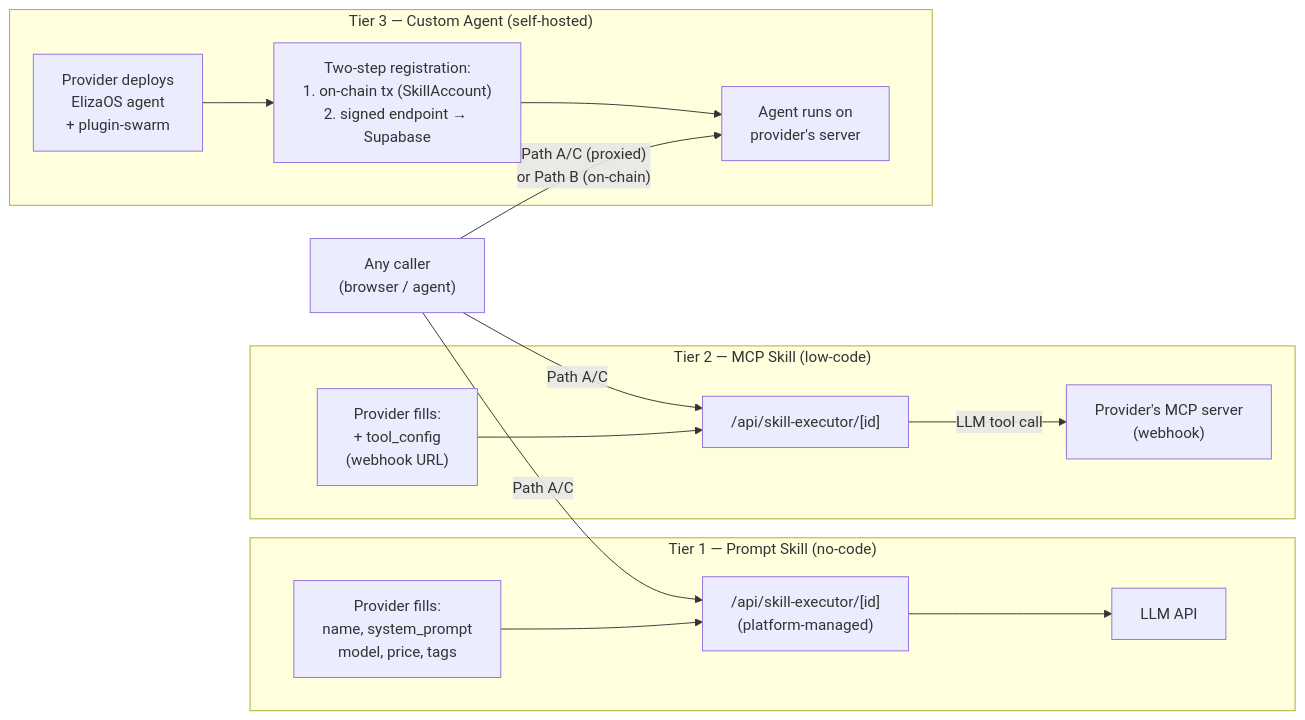
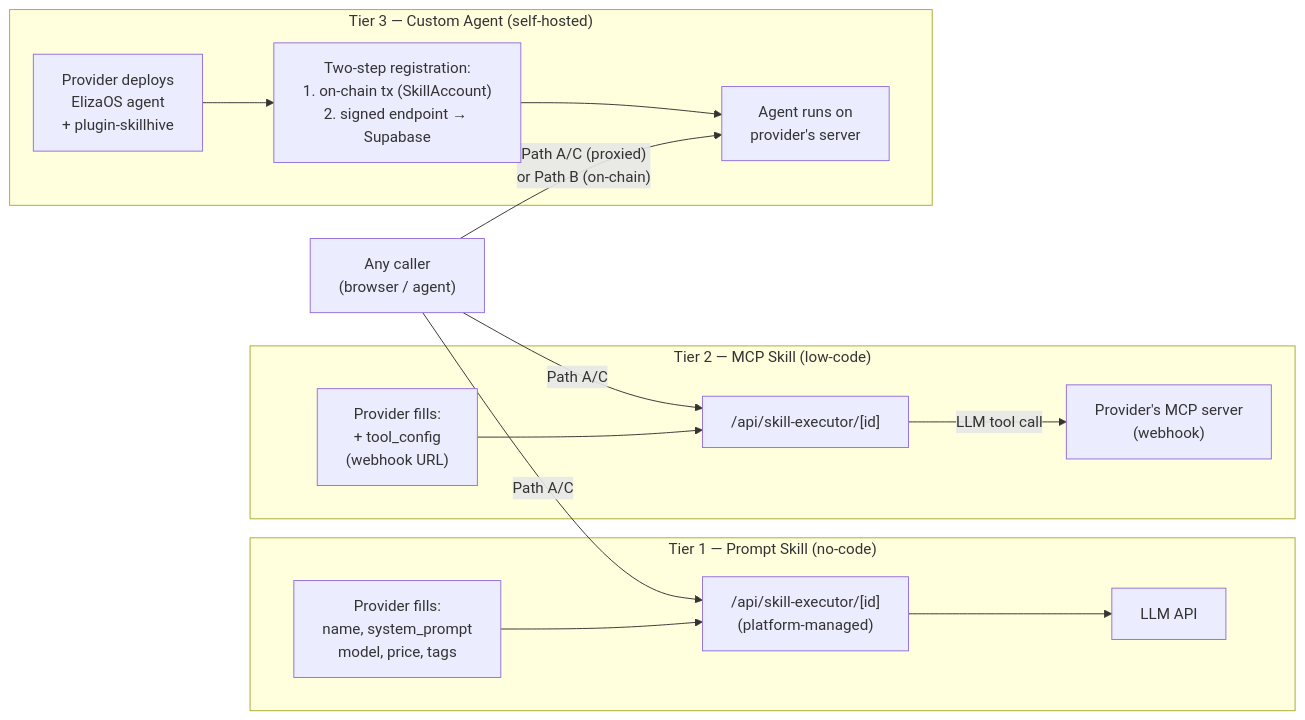
Before and after one commit to windyinwind/skillhive-marketplace: the third of 8 diagrams in README.md, drawn with Mermaid. The commit also changed other lines of this file and 91 other files, not shown here.

Commit message:
refactor: migrate project branding and dependencies from swarm to skillhive

````diff
--- a/README.md
+++ b/README.md
@@ -140,27 +140,27 @@
 ```mermaid
 graph LR
     subgraph "Tier 1 — Prompt Skill (no-code)"
         T1P["Provider fills:\nname, system_prompt\nmodel, price, tags"]
         T1E["/api/skill-executor/[id]\n(platform-managed)"]
         T1L["LLM API"]
         T1P --> T1E --> T1L
     end
 
     subgraph "Tier 2 — MCP Skill (low-code)"
         T2P["Provider fills:\n+ tool_config\n(webhook URL)"]
         T2E["/api/skill-executor/[id]"]
         T2W["Provider's MCP server\n(webhook)"]
         T2P --> T2E -->|"LLM tool call"| T2W
     end
 
     subgraph "Tier 3 — Custom Agent (self-hosted)"
-        T3P["Provider deploys\nElizaOS agent\n+ plugin-swarm"]
+        T3P["Provider deploys\nElizaOS agent\n+ plugin-skillhive"]
         T3R["Two-step registration:\n1. on-chain tx (SkillAccount)\n2. signed endpoint → Supabase"]
         T3A["Agent runs on\nprovider's server"]
         T3P --> T3R --> T3A
     end
 
     Caller["Any caller\n(browser / agent)"] -->|"Path A/C"| T1E
     Caller -->|"Path A/C"| T2E
     Caller -->|"Path A/C (proxied)\nor Path B (on-chain)"| T3A
 ```
````
